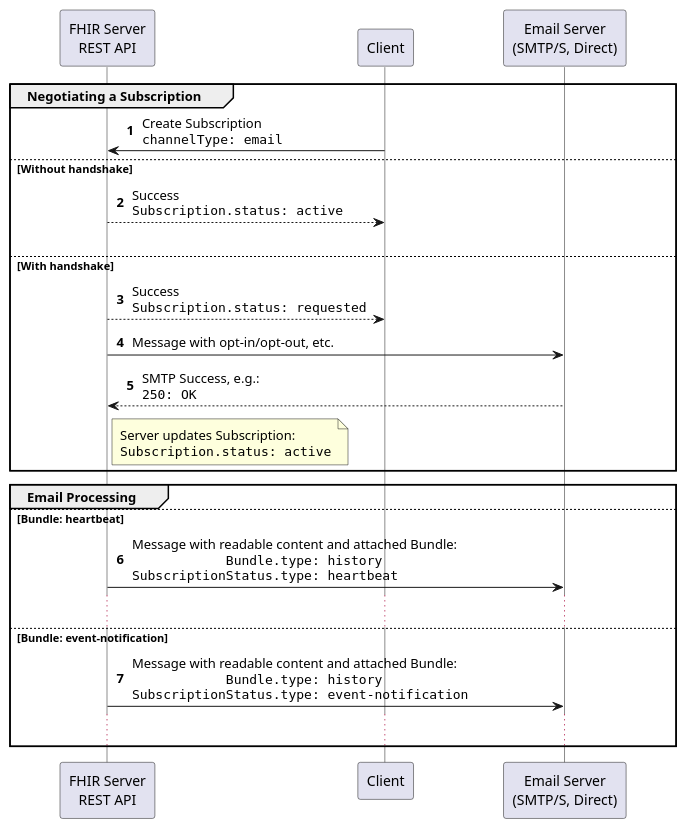
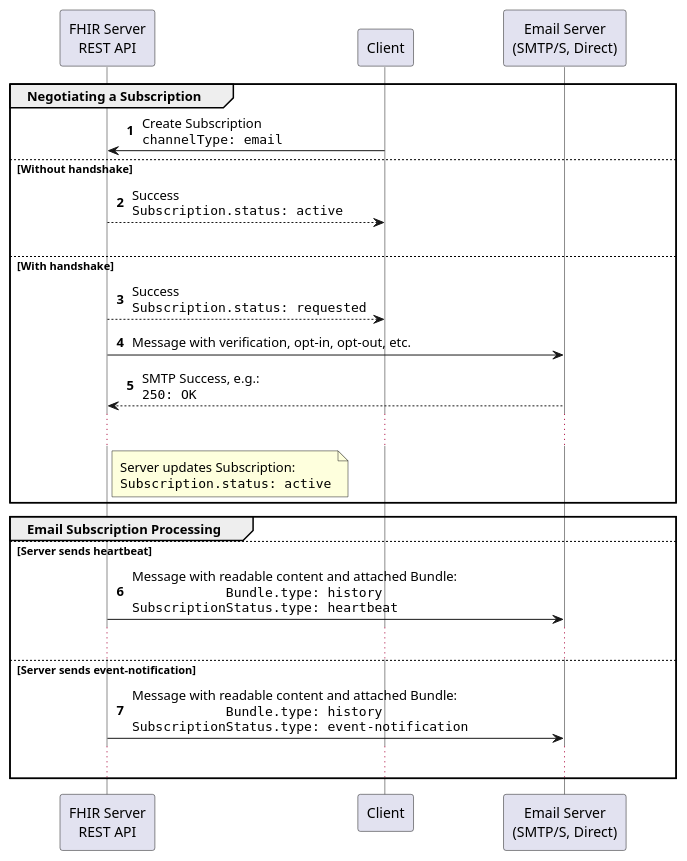
Before and after one commit to HL7/fhir-subscription-backport-ig: the diagram in input/images-source/channel-email.plantuml, drawn with PlantUML. The commit also changed 5 other files, not shown here.

Commit message:
FHIR-30378 : Fixed operation parameter descriptions Added authors/contributors/thanks to home page Improved clarity of diagrams.

```diff
--- a/input/images-source/channel-email.plantuml
+++ b/input/images-source/channel-email.plantuml
@@ -1,40 +1,42 @@
 @startuml
 skinparam NoteTextAlignment left
 skinparam Padding 2
 skinparam ParticipantPadding 40
 skinparam LifelineStrategy solid
 autonumber
 
 participant "FHIR Server\nREST API"     as S
 participant "Client"                    as C
 participant "Email Server\n(SMTP/S, Direct)" as E
 
 
 group Negotiating a Subscription
   C->S: Create Subscription\n""channelType: email""
 else Without handshake
   S-->C: Success\n""Subscription.status: active""
   |||
 else With handshake
   S-->C: Success\n""Subscription.status: requested""
 
-  S->E: Message with opt-in/opt-out, etc.
+  S->E: Message with verification, opt-in, opt-out, etc.
   return SMTP Success, e.g.:\n""250: OK""
+
+  ...
 
   note right of S
     Server updates Subscription:
     ""Subscription.status: active""
   end note
 
 end
 
-group Email Processing
-else Bundle: heartbeat
+group Email Subscription Processing
+else Server sends heartbeat
     S->E: Message with readable content and attached Bundle:\n""            Bundle.type: history""\n""SubscriptionStatus.type: heartbeat""
     ...
-else Bundle: event-notification
+else Server sends event-notification
     S->E: Message with readable content and attached Bundle:\n""            Bundle.type: history""\n""SubscriptionStatus.type: event-notification""
     ...
 end
 
 @enduml
```
